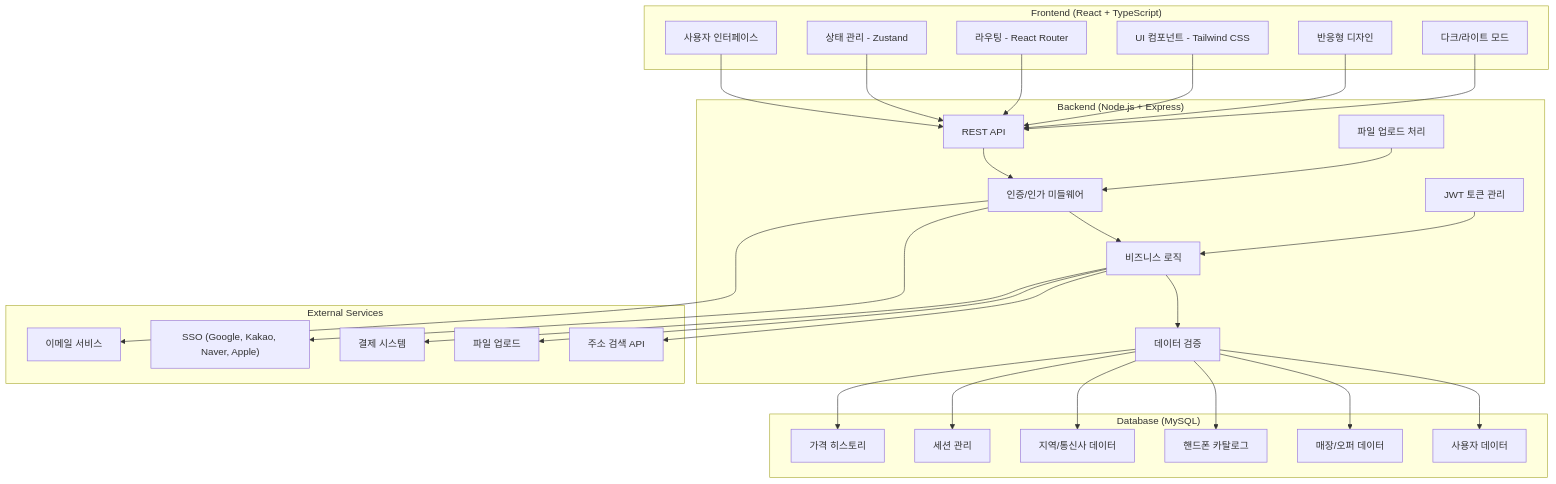
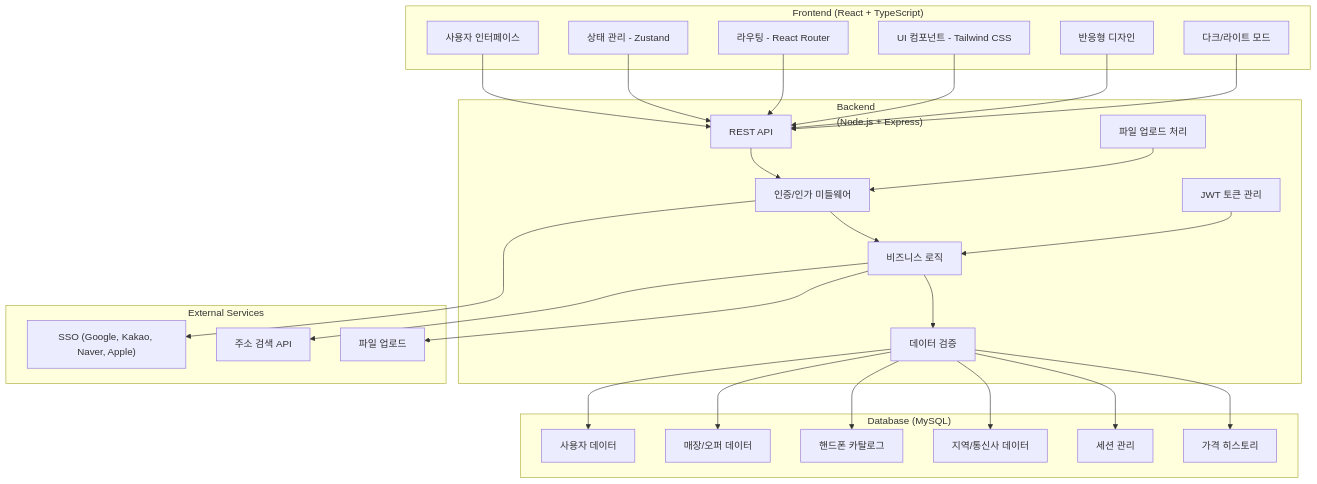
Before and after one commit to phone-link-org/phone-link: the first of 2 diagrams in README.md, drawn with Mermaid.

Commit message:
Modified: README.md

````diff
--- a/README.md
+++ b/README.md
@@ -24,63 +24,60 @@
 ```mermaid
 graph TB
     subgraph Frontend["Frontend (React + TypeScript)"]
         A["사용자 인터페이스"]
         B["상태 관리 - Zustand"]
         C["라우팅 - React Router"]
         D["UI 컴포넌트 - Tailwind CSS"]
         A1["반응형 디자인"]
         B1["다크/라이트 모드"]
     end
 
-    subgraph Backend["Backend (Node.js + Express)"]
+    subgraph Backend["Backend<br>(Node.js + Express)"]
         E["REST API"]
         F["인증/인가 미들웨어"]
         G["비즈니스 로직"]
         H["데이터 검증"]
         E1["파일 업로드 처리"]
         F1["JWT 토큰 관리"]
     end
 
     subgraph Database["Database (MySQL)"]
         I["사용자 데이터"]
         J["매장/오퍼 데이터"]
         K["핸드폰 카탈로그"]
         L["지역/통신사 데이터"]
         I1["세션 관리"]
         J1["가격 히스토리"]
     end
 
     subgraph External["External Services"]
         M["SSO (Google, Kakao, Naver, Apple)"]
         N["주소 검색 API"]
         O["파일 업로드"]
-        M1["이메일 서비스"]
-        N1["결제 시스템"]
     end
 
     A --> E
     B --> E
     C --> E
     D --> E
     A1 --> E
     B1 --> E
 
     E --> F
     F --> G
     G --> H
     H --> I
     H --> J
     H --> K
     H --> L
     E1 --> F
     F1 --> G
 
     H --> I1
     H --> J1
 
     F --> M
     G --> N
     G --> O
-    F --> M1
-    G --> N1
+
 ```
````
